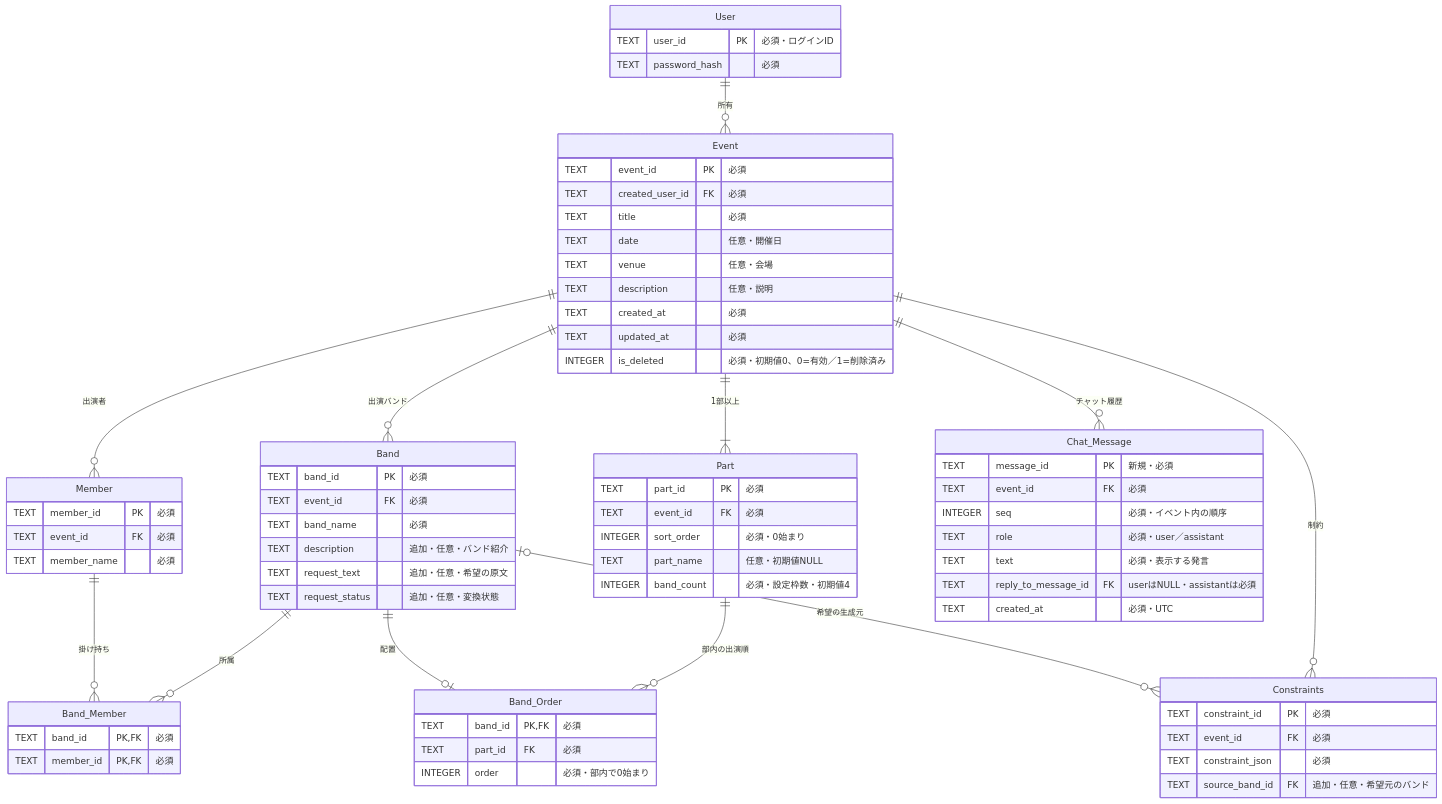
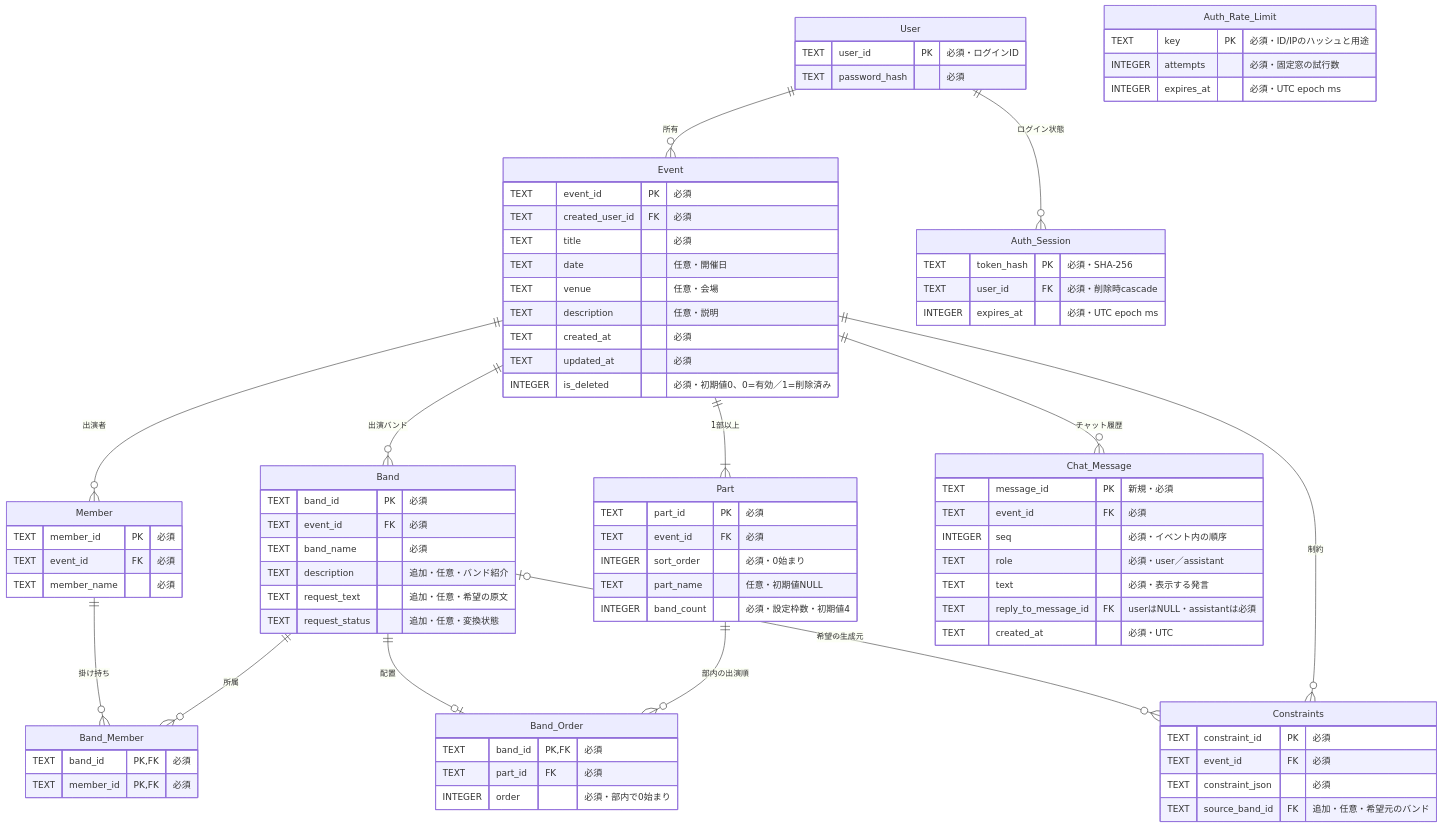
One commit to jphacks/tka_2604 changed the diagram in docs/database.md. Above: the diagram before and after it, drawn with Mermaid. The commit also changed other lines of this file and 86 other files, not shown here.

````diff
--- a/docs/database.md
+++ b/docs/database.md
@@ -24,6 +24,7 @@
 ```mermaid
 erDiagram
     User ||--o{ Event : "所有"
+    User ||--o{ Auth_Session : "ログイン状態"
     Event ||--o{ Band : "出演バンド"
     Event ||--o{ Member : "出演者"
     Event ||--|{ Part : "1部以上"
@@ -38,6 +39,16 @@
     User {
         TEXT user_id PK "必須・ログインID"
         TEXT password_hash "必須"
+    }
+    Auth_Session {
+        TEXT token_hash PK "必須・SHA-256"
+        TEXT user_id FK "必須・削除時cascade"
+        INTEGER expires_at "必須・UTC epoch ms"
+    }
+    Auth_Rate_Limit {
+        TEXT key PK "必須・ID/IPのハッシュと用途"
+        INTEGER attempts "必須・固定窓の試行数"
+        INTEGER expires_at "必須・UTC epoch ms"
     }
     Event {
         TEXT event_id PK "必須"
````
